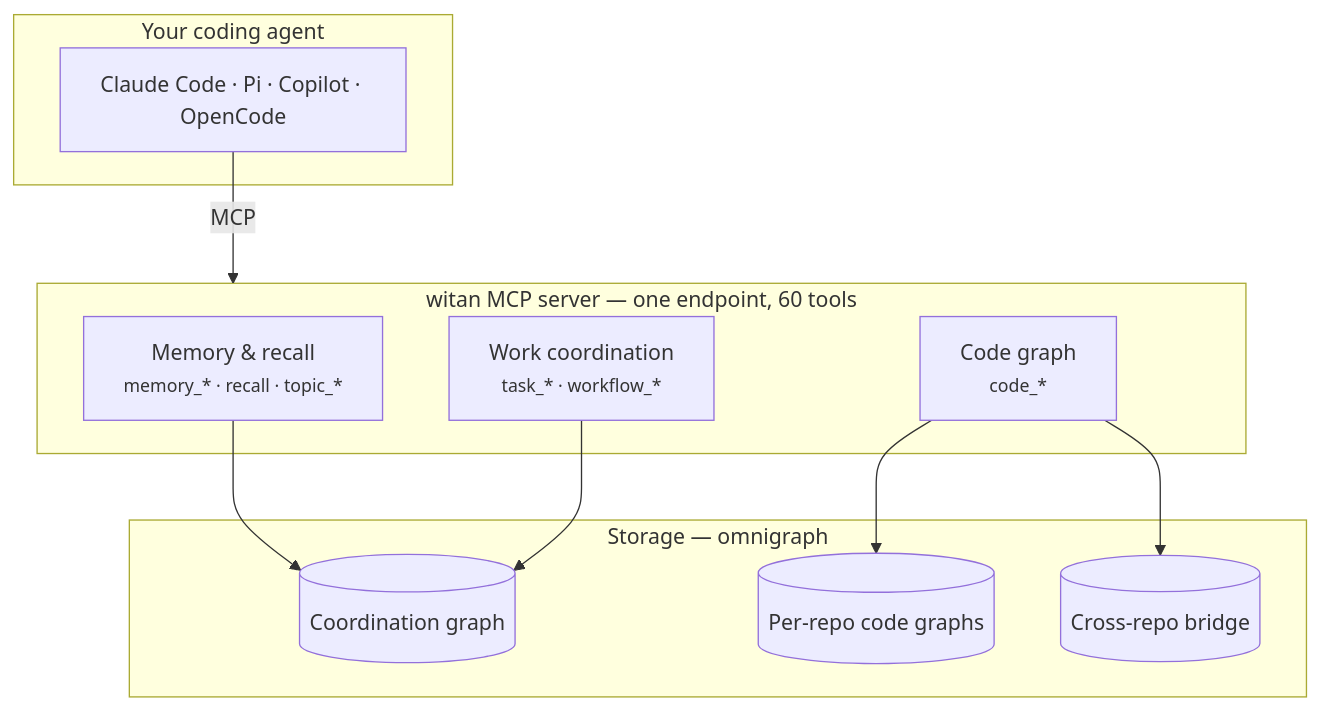
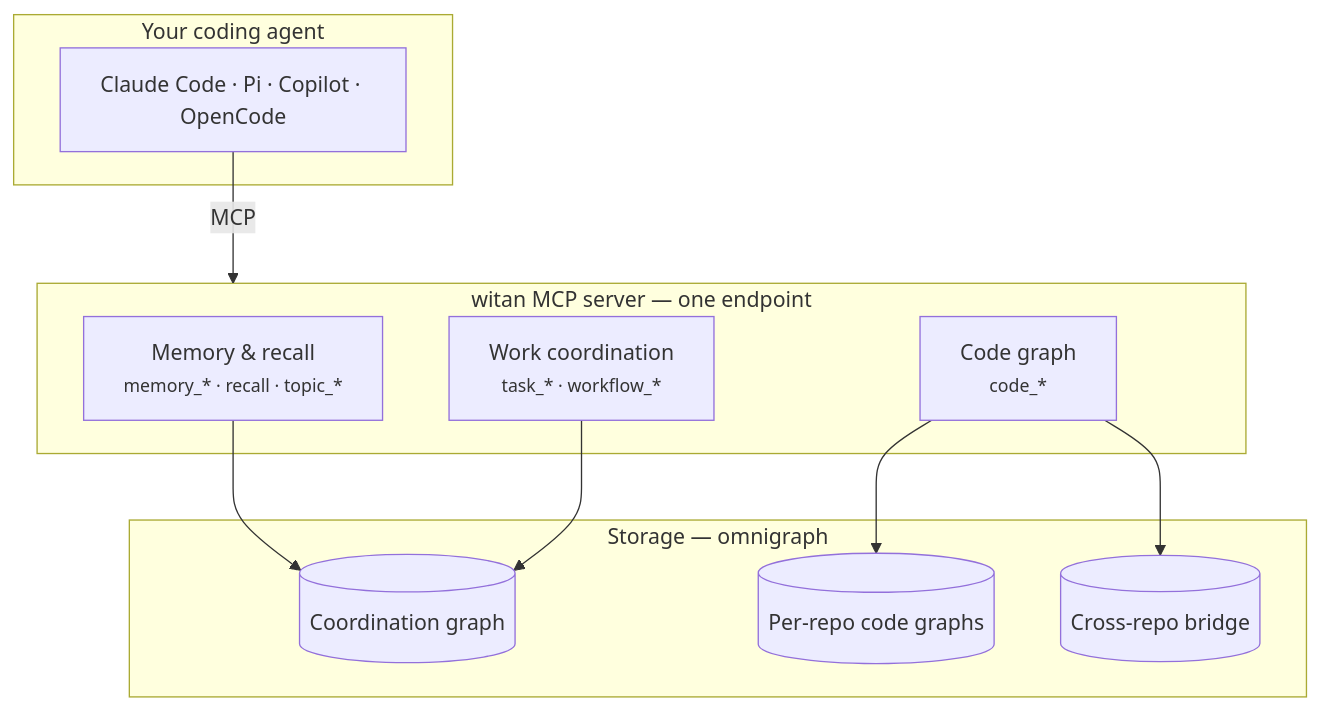
One commit to mitodl/agent-kit changed the first of 3 diagrams in docs/explanation/architecture.md. Above: the diagram before and after it, drawn with Mermaid. The commit also changed 6 other files, not shown here.

````diff
--- a/docs/explanation/architecture.md
+++ b/docs/explanation/architecture.md
@@ -7,21 +7,21 @@
 ```mermaid
 flowchart TB
     subgraph agent["Your coding agent"]
         A["Claude Code · Pi · Copilot · OpenCode"]
     end
-    subgraph mcp["witan MCP server — one endpoint, 60 tools"]
+    subgraph mcp["witan MCP server — one endpoint"]
         M["Memory & recall<br/><small>memory_* · recall · topic_*</small>"]
         T["Work coordination<br/><small>task_* · workflow_*</small>"]
         C["Code graph<br/><small>code_*</small>"]
     end
     subgraph store["Storage — omnigraph"]
         G1[("Coordination graph")]
         G2[("Per-repo code graphs")]
         G3[("Cross-repo bridge")]
     end
     A -->|MCP| mcp
     M --> G1
     T --> G1
     C --> G2
     C --> G3
 ```
````
